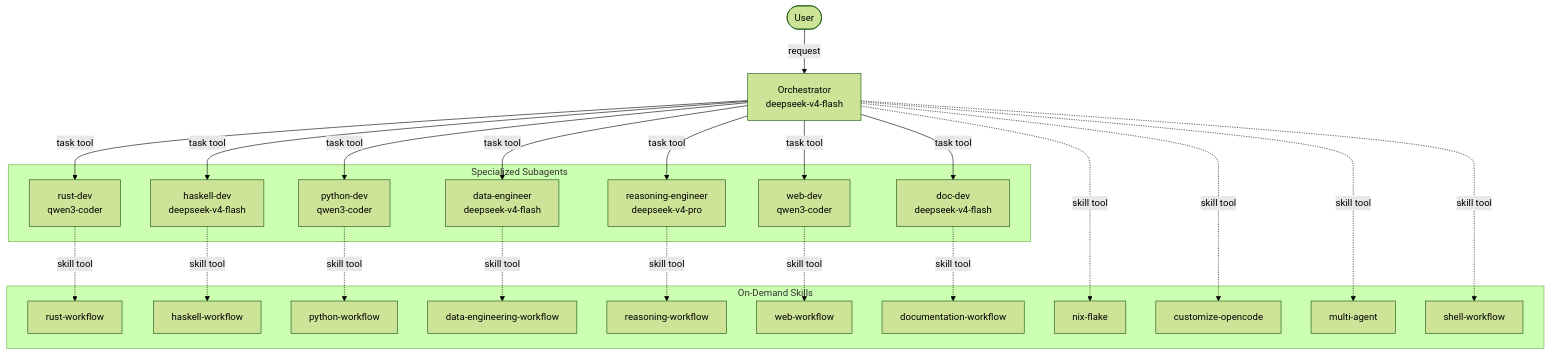
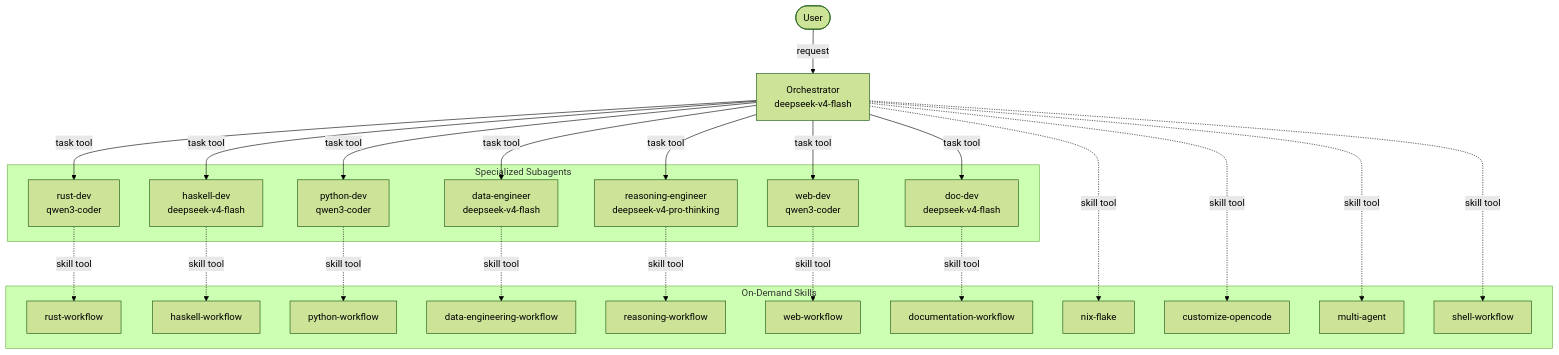
Before and after one commit to Dietr1ch/mttm: the diagram in README.org, drawn with Mermaid (forest theme). The commit also changed other lines of this file and 4 other files, not shown here.

```diff
--- a/README.org
+++ b/README.org
@@ -45,48 +45,48 @@
-#+begin_src mermaid :file docs/architecture.png :exports both
-flowchart TB
-    User([User]) -->|request| ORC[Orchestrator<br/>deepseek-v4-flash]
+#+begin_src mermaid :file .img/architecture.png :width 1024px :exports both
+  flowchart TB
+      User([User]) -->|request| ORC[Orchestrator<br/>deepseek-v4-flash]
 
-    subgraph Subagents [Specialized Subagents]
-        RS[rust-dev<br/>qwen3-coder]
-        HS[haskell-dev<br/>deepseek-v4-flash]
-        PY[python-dev<br/>qwen3-coder]
-        DE[data-engineer<br/>deepseek-v4-flash]
-        RE[reasoning-engineer<br/>deepseek-v4-pro]
-        WB[web-dev<br/>qwen3-coder]
-        DD[doc-dev<br/>deepseek-v4-flash]
-    end
+      subgraph Subagents [Specialized Subagents]
+          RS[rust-dev<br/>qwen3-coder]
+          HS[haskell-dev<br/>deepseek-v4-flash]
+          PY[python-dev<br/>qwen3-coder]
+          DE[data-engineer<br/>deepseek-v4-flash]
+          RE[reasoning-engineer<br/>deepseek-v4-pro-thinking]
+          WB[web-dev<br/>qwen3-coder]
+          DD[doc-dev<br/>deepseek-v4-flash]
+      end
 
-    ORC -->|task tool| RS
-    ORC -->|task tool| HS
-    ORC -->|task tool| PY
-    ORC -->|task tool| DE
-    ORC -->|task tool| RE
-    ORC -->|task tool| WB
-    ORC -->|task tool| DD
+      ORC -->|task tool| RS
+      ORC -->|task tool| HS
+      ORC -->|task tool| PY
+      ORC -->|task tool| DE
+      ORC -->|task tool| RE
+      ORC -->|task tool| WB
+      ORC -->|task tool| DD
 
-    subgraph Skills [On-Demand Skills]
-        SK1[rust-workflow]
-        SK2[haskell-workflow]
-        SK3[python-workflow]
-        SK4[data-engineering-workflow]
-        SK5[reasoning-workflow]
-        SK6[web-workflow]
-        SK7[shell-workflow]
-        SK8[nix-flake]
-        SK9[customize-opencode]
-        SK10[multi-agent]
-        SK11[documentation-workflow]
-    end
+      subgraph Skills [On-Demand Skills]
+          SK1[rust-workflow]
+          SK2[haskell-workflow]
+          SK3[python-workflow]
+          SK4[data-engineering-workflow]
+          SK5[reasoning-workflow]
+          SK6[web-workflow]
+          SK7[shell-workflow]
+          SK8[nix-flake]
+          SK9[customize-opencode]
+          SK10[multi-agent]
+          SK11[documentation-workflow]
+      end
 
-    RS -.->|skill tool| SK1
-    HS -.->|skill tool| SK2
-    PY -.->|skill tool| SK3
-    DE -.->|skill tool| SK4
-    RE -.->|skill tool| SK5
-    WB -.->|skill tool| SK6
-    DD -.->|skill tool| SK11
-    ORC -.->|skill tool| SK8
-    ORC -.->|skill tool| SK9
-    ORC -.->|skill tool| SK10
-    ORC -.->|skill tool| SK7
+      RS -.->|skill tool| SK1
+      HS -.->|skill tool| SK2
+      PY -.->|skill tool| SK3
+      DE -.->|skill tool| SK4
+      RE -.->|skill tool| SK5
+      WB -.->|skill tool| SK6
+      DD -.->|skill tool| SK11
+      ORC -.->|skill tool| SK8
+      ORC -.->|skill tool| SK9
+      ORC -.->|skill tool| SK10
+      ORC -.->|skill tool| SK7
 #+end_src
```
